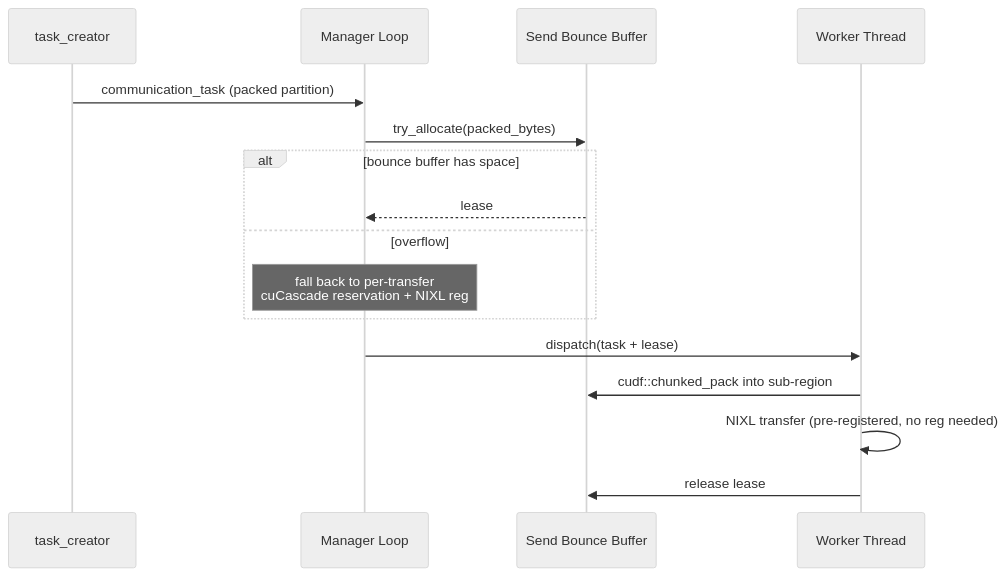
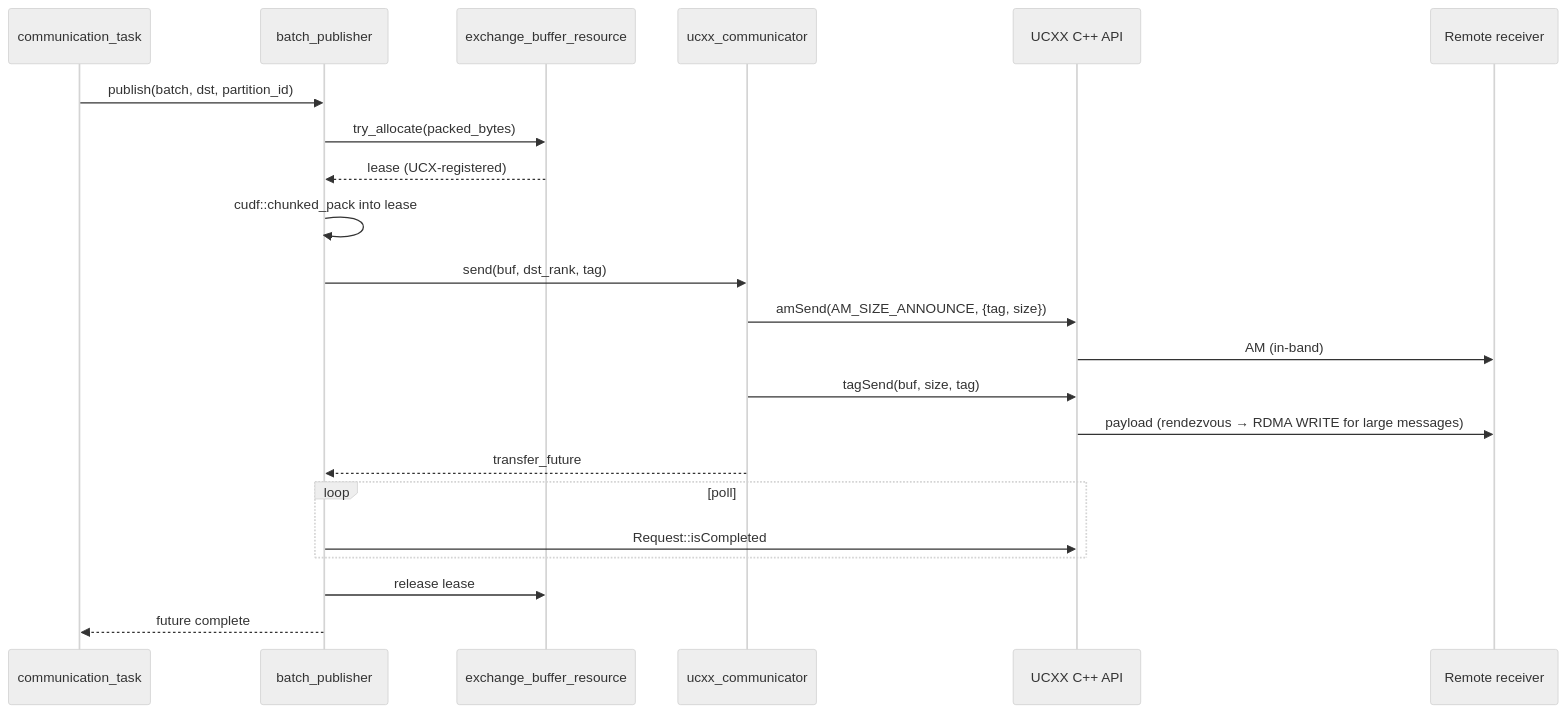
One commit to sirius-db/sirius changed the fifth of 7 diagrams in docs/super-sirius/exchange-integration.md. Above: the diagram before and after it, drawn with Mermaid (neutral theme). The commit also changed other lines of this file, not shown here.

First line of the commit message:
docs: clarify exchange design with sender/receiver flows

````diff
--- a/docs/super-sirius/exchange-integration.md
+++ b/docs/super-sirius/exchange-integration.md
@@ -478,19 +501,25 @@
 ```mermaid
 sequenceDiagram
-    participant TC as task_creator
-    participant ML as Manager Loop
-    participant BB as Send Bounce Buffer
-    participant W as Worker Thread
+    participant CT as communication_task
+    participant BP as batch_publisher
+    participant EBR as exchange_buffer_resource
+    participant UC as ucxx_communicator
+    participant UCX as UCXX C++ API
+    participant RX as Remote receiver
 
-    TC->>ML: communication_task (packed partition)
-    ML->>BB: try_allocate(packed_bytes)
-    alt bounce buffer has space
-        BB-->>ML: lease
-    else overflow
-        Note over ML: fall back to per-transfer<br/>cuCascade reservation + NIXL reg
+    CT->>BP: publish(batch, dst, partition_id)
+    BP->>EBR: try_allocate(packed_bytes)
+    EBR-->>BP: lease (UCX-registered)
+    BP->>BP: cudf::chunked_pack into lease
+    BP->>UC: send(buf, dst_rank, tag)
+    UC->>UCX: amSend(AM_SIZE_ANNOUNCE, {tag, size})
+    UCX->>RX: AM (in-band)
+    UC->>UCX: tagSend(buf, size, tag)
+    UCX->>RX: payload (rendezvous → RDMA WRITE for large messages)
+    UC-->>BP: transfer_future
+    loop poll
+        BP->>UCX: Request::isCompleted
     end
-    ML->>W: dispatch(task + lease)
-    W->>BB: cudf::chunked_pack into sub-region
-    W->>W: NIXL transfer (pre-registered, no reg needed)
-    W->>BB: release lease
+    BP->>EBR: release lease
+    BP-->>CT: future complete
 ```
````
